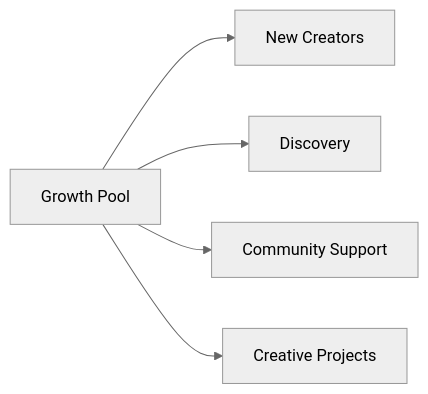
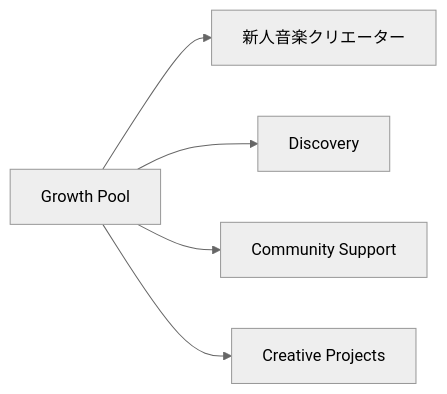
The seventh of 27 diagrams in docs/whitepaper/06-economics-mathjax.md (ShigeichiroYamasaki/creator-first-platform), drawn with Mermaid (neutral theme) before and after one commit. The commit also changed other lines of this file and 67 other files, not shown here.

````diff
--- a/docs/whitepaper/06-economics-mathjax.md
+++ b/docs/whitepaper/06-economics-mathjax.md
@@ -384,8 +384,8 @@
 ```mermaid
 flowchart LR
     G[Growth Pool]
-    G --> NEW[New Creators]
+    G --> NEW[新人音楽クリエーター]
     G --> DISC[Discovery]
     G --> COMMUNITY[Community Support]
     G --> PROJECT[Creative Projects]
 ```
````
